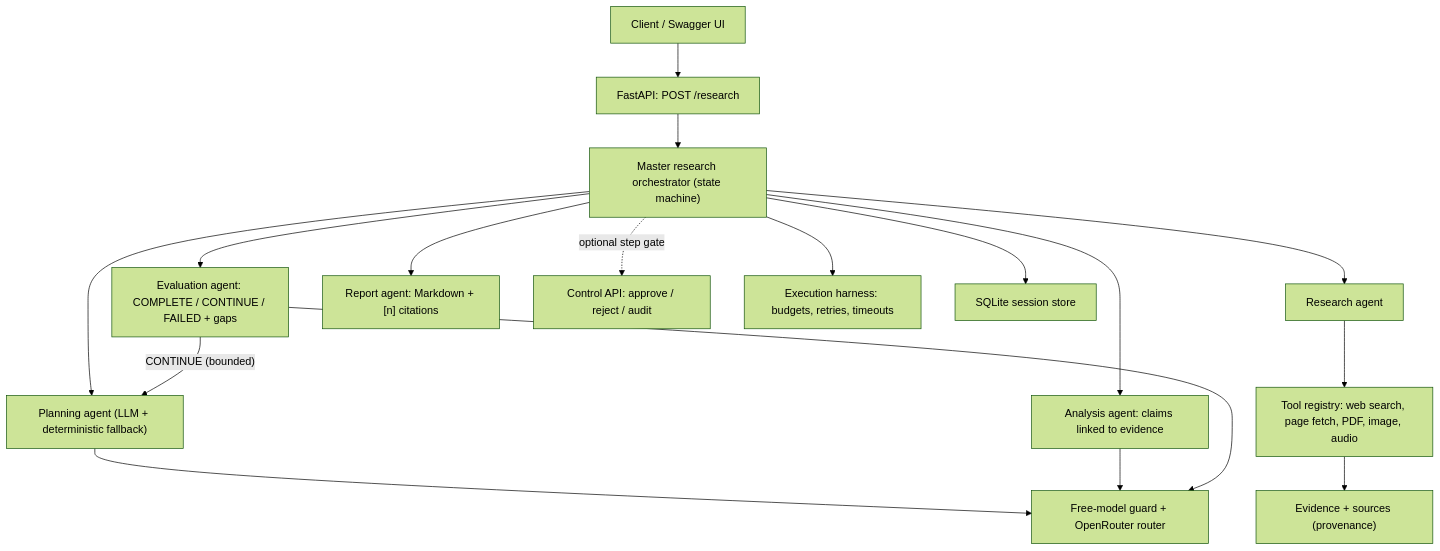
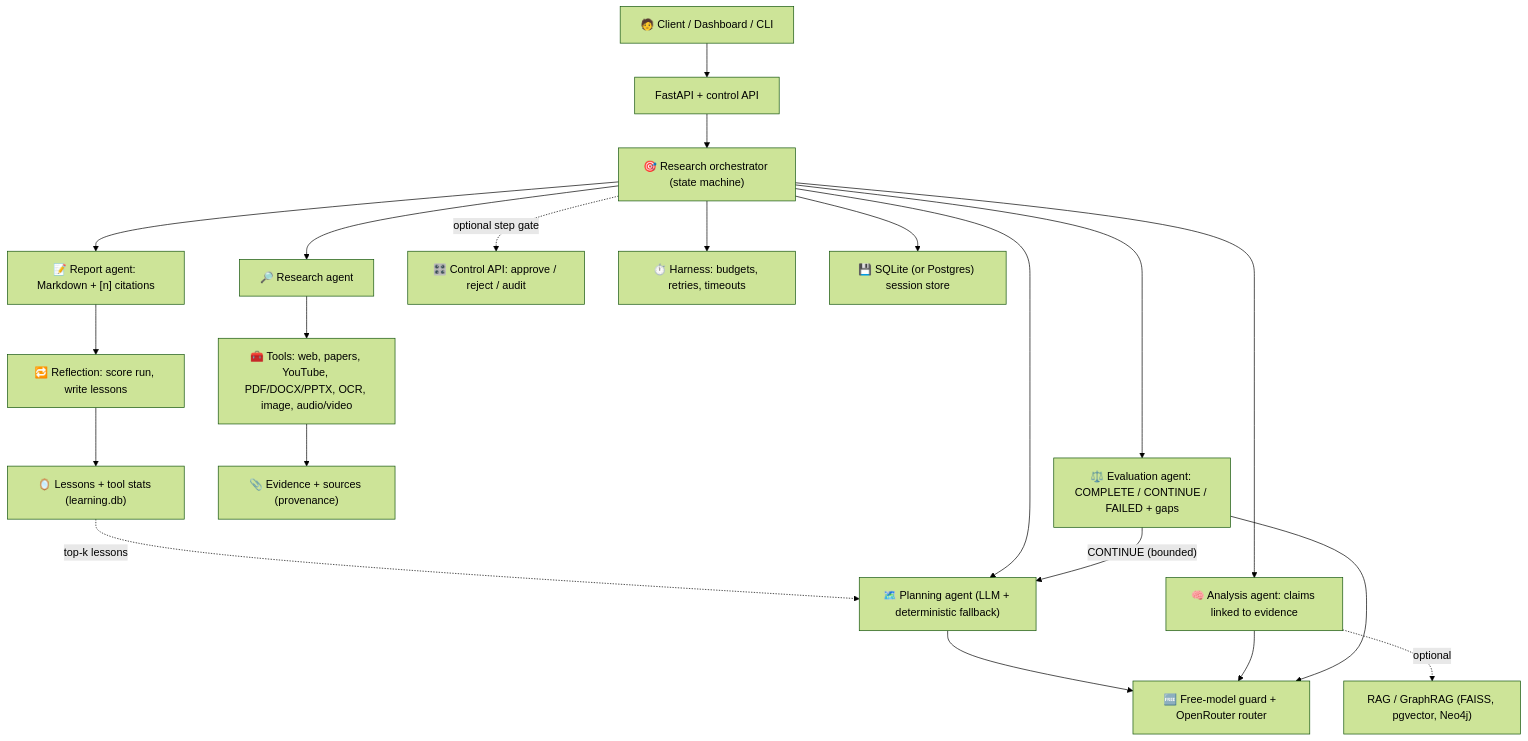
One commit to LeelaissakAttota/multimodal-agentic-deep-research-assistant changed the diagram in README.md. Above: the diagram before and after it, drawn with Mermaid (forest theme). The commit also changed other lines of this file and 4 other files, not shown here.

````diff
--- a/README.md
+++ b/README.md
@@ -68,17 +119,21 @@
 ```mermaid
 flowchart TD
-    Client["Client / Swagger UI"] --> API["FastAPI: POST /research"]
-    API --> Orch["Master research orchestrator (state machine)"]
-    Orch --> Plan["Planning agent (LLM + deterministic fallback)"]
-    Orch --> Research["Research agent"]
-    Research --> Tools["Tool registry: web search, page fetch, PDF, image, audio"]
-    Tools --> Evidence["Evidence + sources (provenance)"]
-    Orch --> Analysis["Analysis agent: claims linked to evidence"]
-    Orch --> Eval["Evaluation agent: COMPLETE / CONTINUE / FAILED + gaps"]
+    Client["🧑 Client / Dashboard / CLI"] --> API["FastAPI + control API"]
+    API --> Orch["🎯 Research orchestrator (state machine)"]
+    Learn["🪞 Lessons + tool stats (learning.db)"] -. "top-k lessons" .-> Plan
+    Orch --> Plan["🗺️ Planning agent (LLM + deterministic fallback)"]
+    Orch --> Research["🔎 Research agent"]
+    Research --> Tools["🧰 Tools: web, papers, YouTube, PDF/DOCX/PPTX, OCR, image, audio/video"]
+    Tools --> Evidence["📎 Evidence + sources (provenance)"]
+    Orch --> Analysis["🧠 Analysis agent: claims linked to evidence"]
+    Analysis -. "optional" .-> RAG["RAG / GraphRAG (FAISS, pgvector, Neo4j)"]
+    Orch --> Eval["⚖️ Evaluation agent: COMPLETE / CONTINUE / FAILED + gaps"]
     Eval -- "CONTINUE (bounded)" --> Plan
-    Orch --> Report["Report agent: Markdown + [n] citations"]
-    Orch -. "optional step gate" .-> Control["Control API: approve / reject / audit"]
-    Plan & Analysis & Eval --> Guard["Free-model guard + OpenRouter router"]
-    Orch --> Harness["Execution harness: budgets, retries, timeouts"]
-    Orch --> Store["SQLite session store"]
+    Orch --> Report["📝 Report agent: Markdown + [n] citations"]
+    Report --> Reflect["🔁 Reflection: score run, write lessons"]
+    Reflect --> Learn
+    Orch -. "optional step gate" .-> Control["🎛️ Control API: approve / reject / audit"]
+    Plan & Analysis & Eval --> Guard["🆓 Free-model guard + OpenRouter router"]
+    Orch --> Harness["⏱️ Harness: budgets, retries, timeouts"]
+    Orch --> Store["💾 SQLite (or Postgres) session store"]
 ```
````
